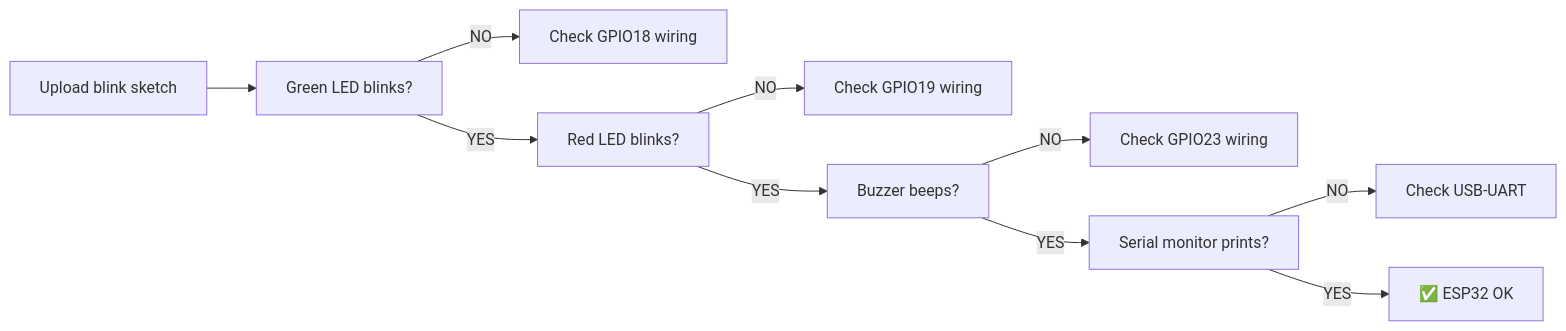
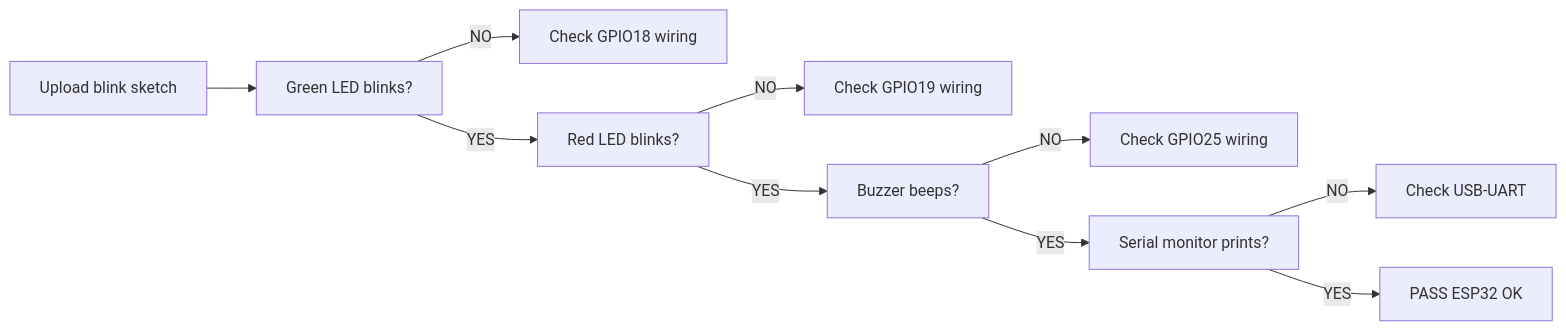
The second of 8 diagrams in docs/TESTING.md (qppd/smart-vehicle-impact-detection-device), drawn with Mermaid before and after one commit. The commit also changed other lines of this file and 10 other files, not shown here.

````diff
--- a/docs/TESTING.md
+++ b/docs/TESTING.md
@@ -56,12 +56,12 @@
 ```mermaid
 flowchart LR
     UPLOAD["Upload blink sketch"] --> GREEN["Green LED blinks?"]
     GREEN -->|NO| CHECK_GREEN["Check GPIO18 wiring"]
     GREEN -->|YES| RED["Red LED blinks?"]
     RED -->|NO| CHECK_RED["Check GPIO19 wiring"]
     RED -->|YES| BUZZ["Buzzer beeps?"]
-    BUZZ -->|NO| CHECK_BUZZ["Check GPIO23 wiring"]
+    BUZZ -->|NO| CHECK_BUZZ["Check GPIO25 wiring"]
     BUZZ -->|YES| SERIAL["Serial monitor prints?"]
     SERIAL -->|NO| CHECK_SERIAL["Check USB-UART"]
-    SERIAL -->|YES| ESP32_OK["✅ ESP32 OK"]
+    SERIAL -->|YES| ESP32_OK["PASS ESP32 OK"]
 ```
````
